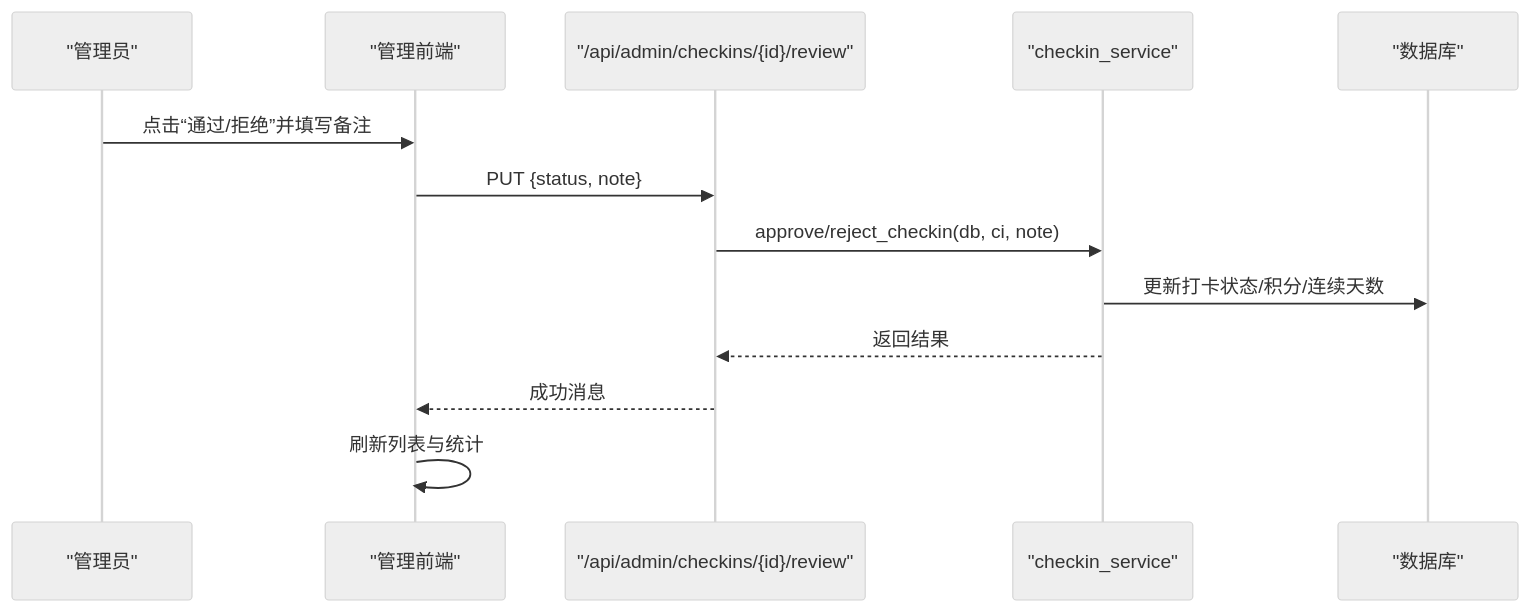
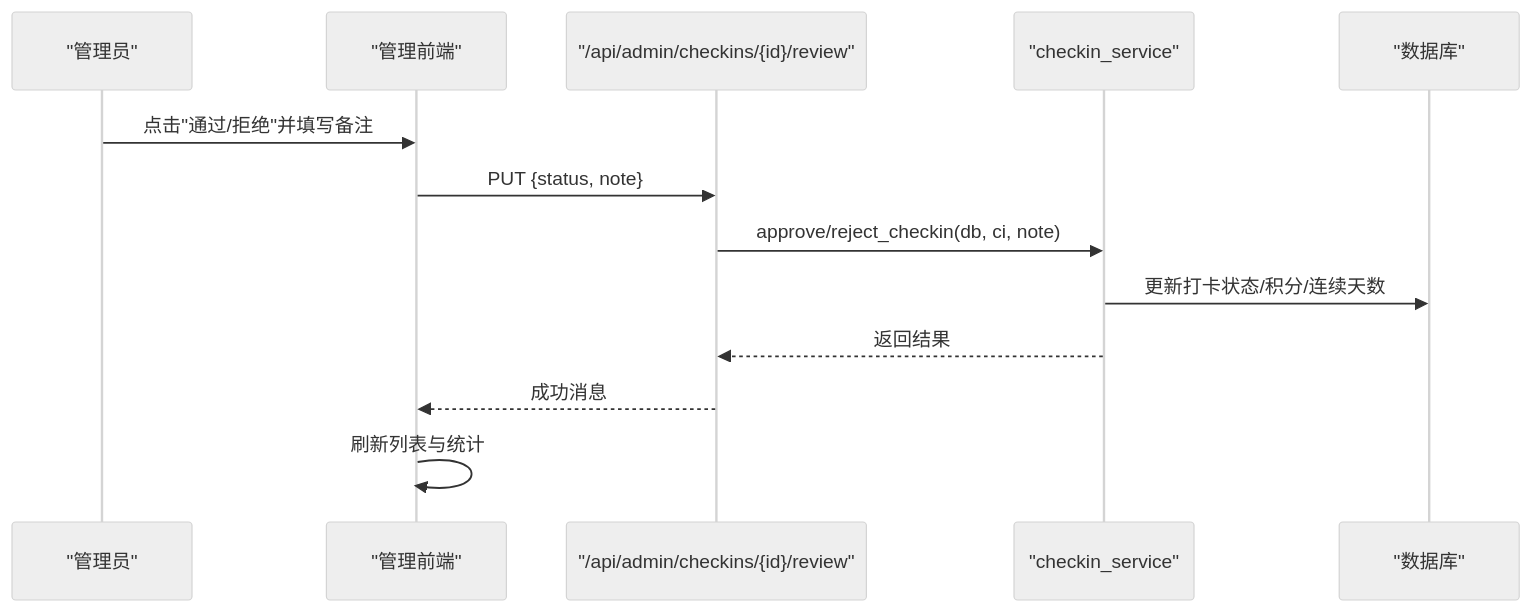
Before and after one commit to onebody/homework: the fourth of 8 diagrams in .qoder/repowiki/zh/content/暑假作业打卡系统/前端应用设计/管理后台应用.md, drawn with Mermaid (neutral theme). The commit also changed other lines of this file and 15 other files, not shown here.

````diff
--- a/.qoder/repowiki/zh/content/暑假作业打卡系统/前端应用设计/管理后台应用.md
+++ b/.qoder/repowiki/zh/content/暑假作业打卡系统/前端应用设计/管理后台应用.md
@@ -191,15 +208,15 @@
 ```mermaid
 sequenceDiagram
 participant Admin as "管理员"
 participant FE as "管理前端"
 participant API as "/api/admin/checkins/{id}/review"
 participant Svc as "checkin_service"
 participant DB as "数据库"
-Admin->>FE : 点击“通过/拒绝”并填写备注
+Admin->>FE : 点击"通过/拒绝"并填写备注
 FE->>API : PUT {status, note}
 API->>Svc : approve/reject_checkin(db, ci, note)
 Svc->>DB : 更新打卡状态/积分/连续天数
 Svc-->>API : 返回结果
 API-->>FE : 成功消息
 FE->>FE : 刷新列表与统计
 ```
````
